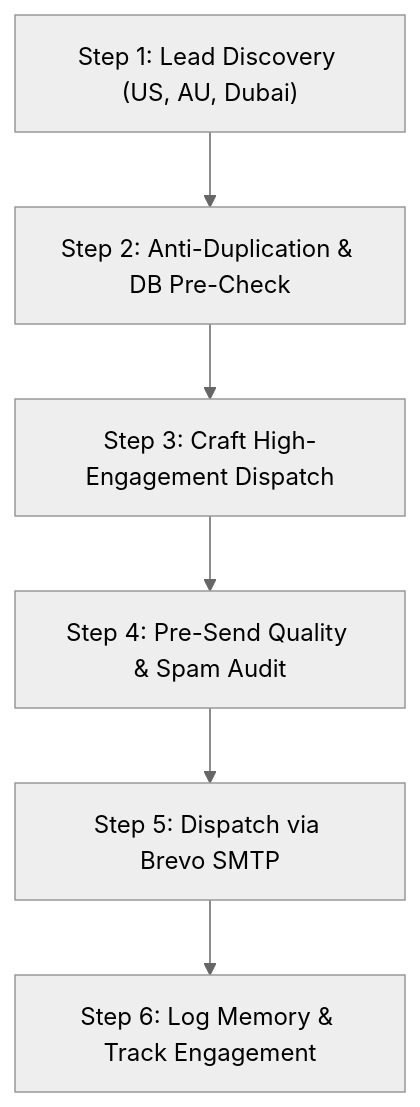
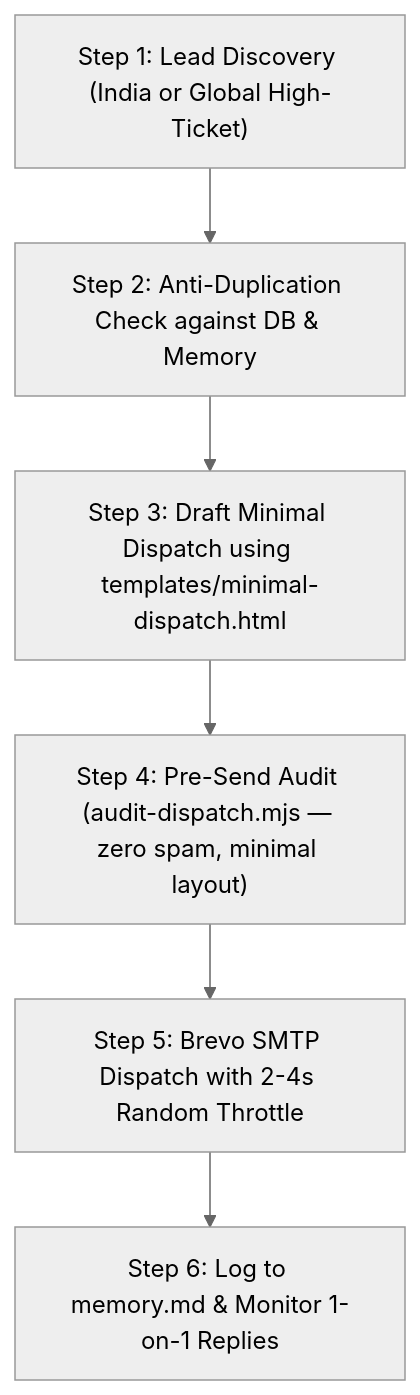
The diagram in .agent/skills/deepak-newsletter/SKILL.md (DeepakBagada93/Deepak-mywebsite), drawn with Mermaid (neutral theme) before and after one commit. The commit also changed other lines of this file and 318 other files, not shown here.

````diff
--- a/.agent/skills/deepak-newsletter/SKILL.md
+++ b/.agent/skills/deepak-newsletter/SKILL.md
@@ -53,8 +155,8 @@
 ```mermaid
 flowchart TD
-    A["Step 1: Lead Discovery (US, AU, Dubai)"] --> B["Step 2: Anti-Duplication & DB Pre-Check"]
-    B --> C["Step 3: Craft High-Engagement Dispatch"]
-    C --> D["Step 4: Pre-Send Quality & Spam Audit"]
-    D --> E["Step 5: Dispatch via Brevo SMTP"]
-    E --> F["Step 6: Log Memory & Track Engagement"]
+    A["Step 1: Lead Discovery (India or Global High-Ticket)"] --> B["Step 2: Anti-Duplication Check against DB & Memory"]
+    B --> C["Step 3: Draft Minimal Dispatch using templates/minimal-dispatch.html"]
+    C --> D["Step 4: Pre-Send Audit (audit-dispatch.mjs — zero spam, minimal layout)"]
+    D --> E["Step 5: Brevo SMTP Dispatch with 2-4s Random Throttle"]
+    E --> F["Step 6: Log to memory.md & Monitor 1-on-1 Replies"]
 ```
````
